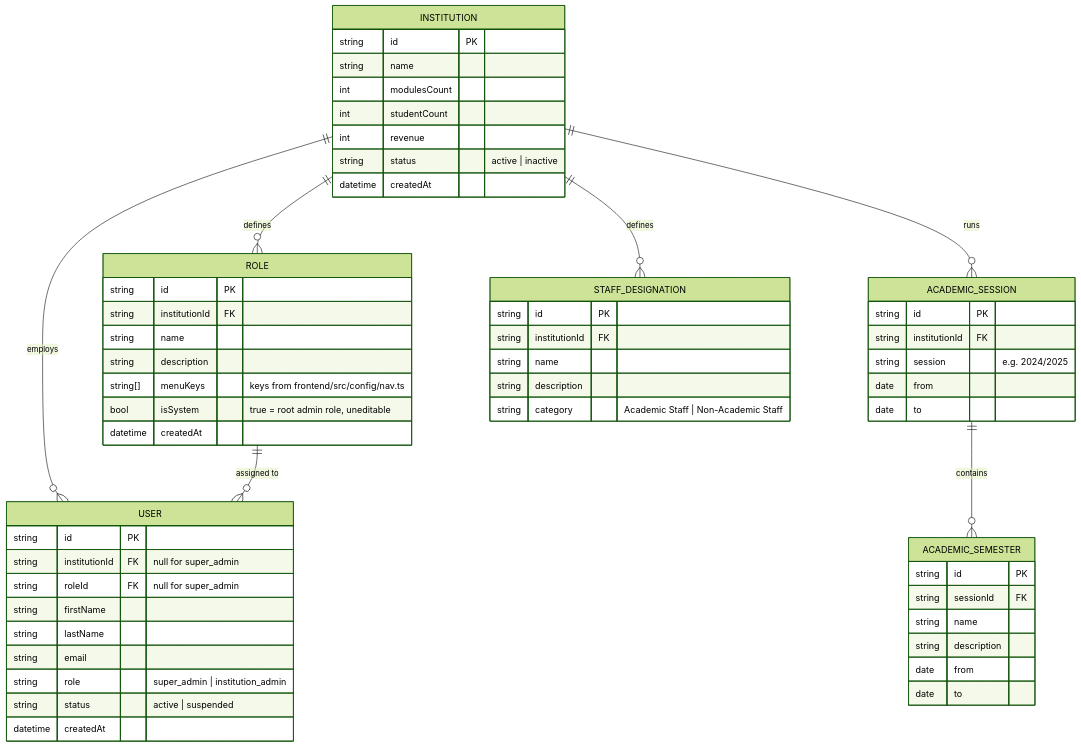
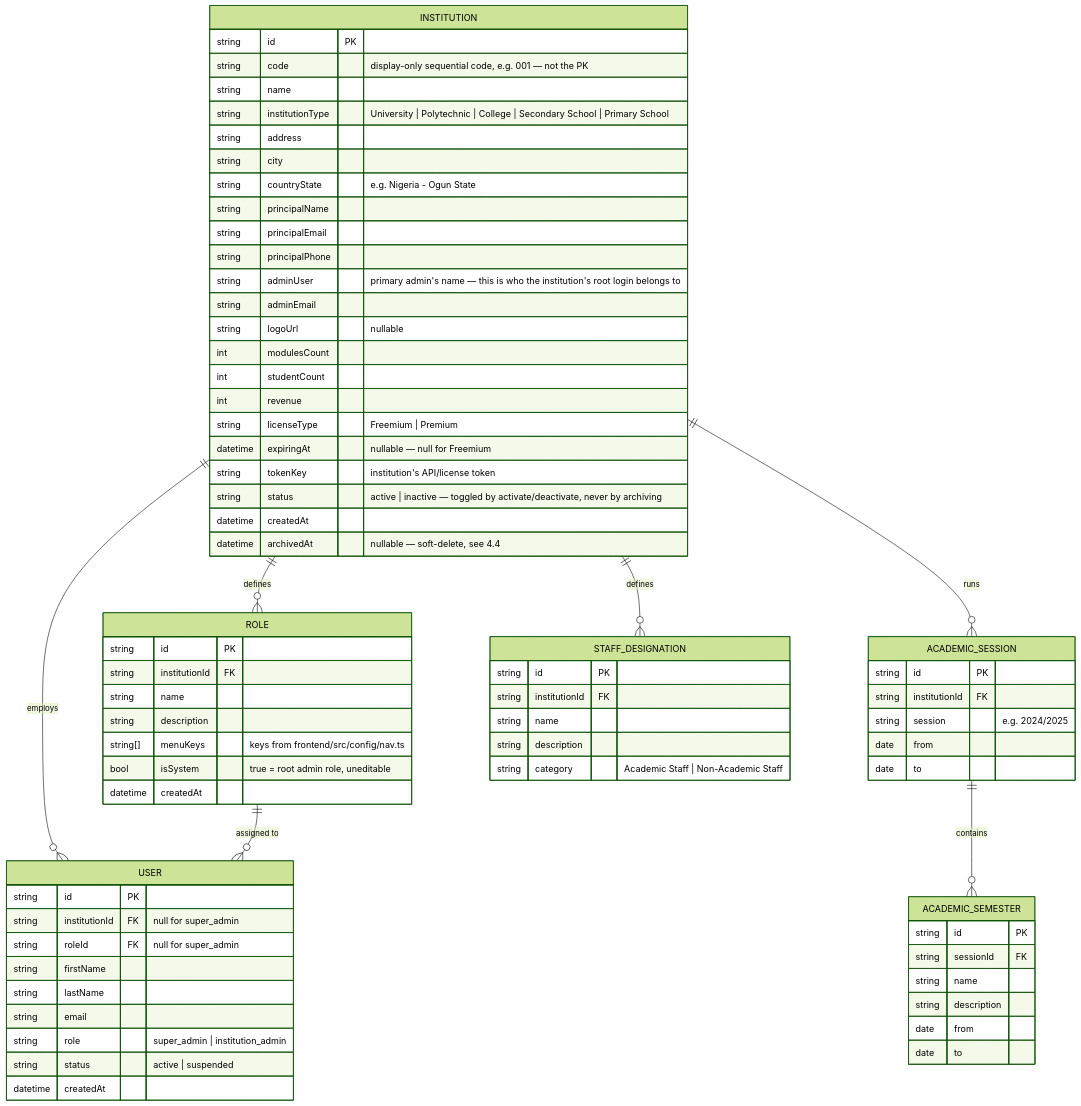
One commit to turontechnologies/T-Educare changed the first of 5 diagrams in backend/API_CONTRACT.md. Above: the diagram before and after it, drawn with Mermaid (forest theme). The commit also changed other lines of this file and 13 other files, not shown here.

````diff
--- a/backend/API_CONTRACT.md
+++ b/backend/API_CONTRACT.md
@@ -72,61 +72,76 @@
 ```mermaid
 erDiagram
     INSTITUTION ||--o{ ROLE : "defines"
     INSTITUTION ||--o{ USER : "employs"
     INSTITUTION ||--o{ ACADEMIC_SESSION : "runs"
     INSTITUTION ||--o{ STAFF_DESIGNATION : "defines"
     ACADEMIC_SESSION ||--o{ ACADEMIC_SEMESTER : "contains"
     ROLE ||--o{ USER : "assigned to"
 
     INSTITUTION {
         string id PK
+        string code "display-only sequential code, e.g. 001 — not the PK"
         string name
+        string institutionType "University | Polytechnic | College | Secondary School | Primary School"
+        string address
+        string city
+        string countryState "e.g. Nigeria - Ogun State"
+        string principalName
+        string principalEmail
+        string principalPhone
+        string adminUser "primary admin's name — this is who the institution's root login belongs to"
+        string adminEmail
+        string logoUrl "nullable"
         int modulesCount
         int studentCount
         int revenue
-        string status "active | inactive"
+        string licenseType "Freemium | Premium"
+        datetime expiringAt "nullable — null for Freemium"
+        string tokenKey "institution's API/license token"
+        string status "active | inactive — toggled by activate/deactivate, never by archiving"
         datetime createdAt
+        datetime archivedAt "nullable — soft-delete, see 4.4"
     }
     ROLE {
         string id PK
         string institutionId FK
         string name
         string description
         string[] menuKeys "keys from frontend/src/config/nav.ts"
         bool isSystem "true = root admin role, uneditable"
         datetime createdAt
     }
     USER {
         string id PK
         string institutionId FK "null for super_admin"
         string roleId FK "null for super_admin"
         string firstName
         string lastName
         string email
         string role "super_admin | institution_admin"
         string status "active | suspended"
         datetime createdAt
     }
     ACADEMIC_SESSION {
         string id PK
         string institutionId FK
         string session "e.g. 2024/2025"
         date from
         date to
     }
     ACADEMIC_SEMESTER {
         string id PK
         string sessionId FK
         string name
         string description
         date from
         date to
     }
     STAFF_DESIGNATION {
         string id PK
         string institutionId FK
         string name
         string description
         string category "Academic Staff | Non-Academic Staff"
     }
 ```
````
